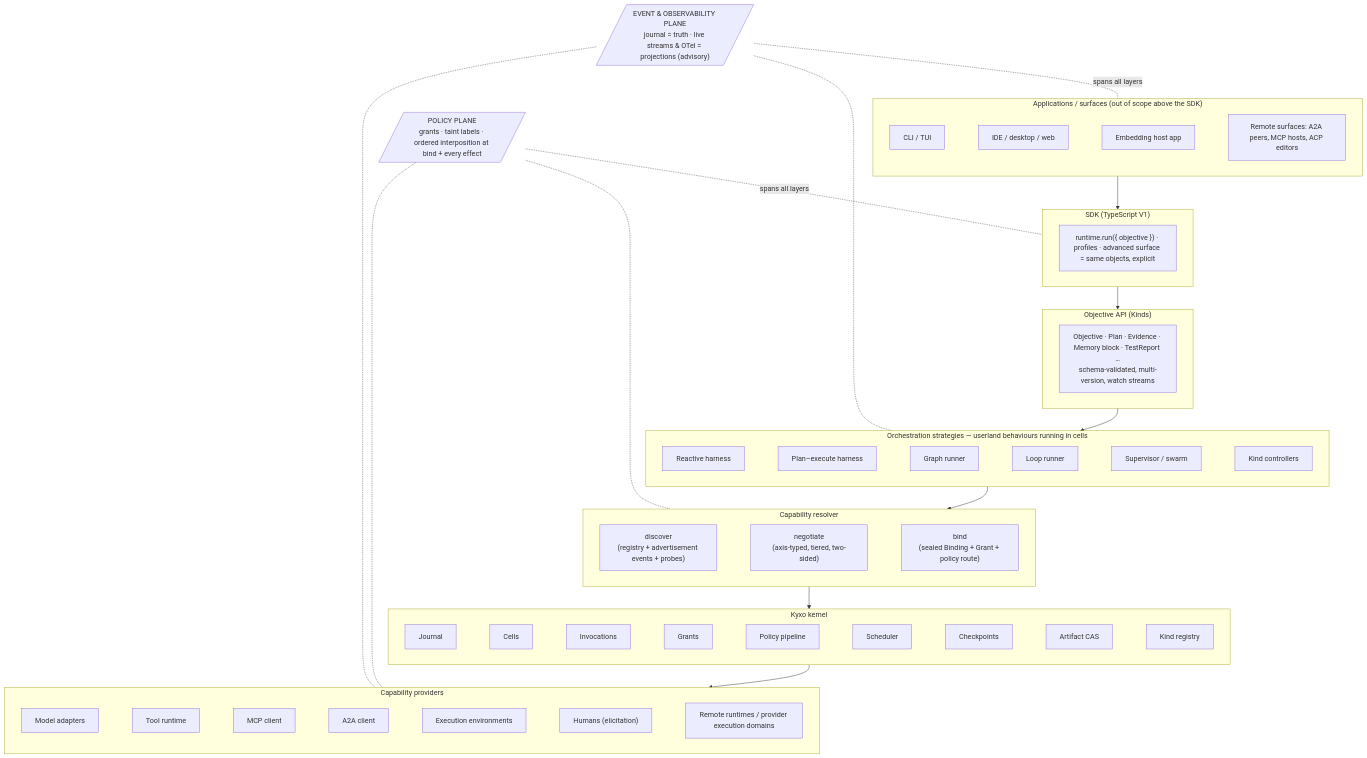
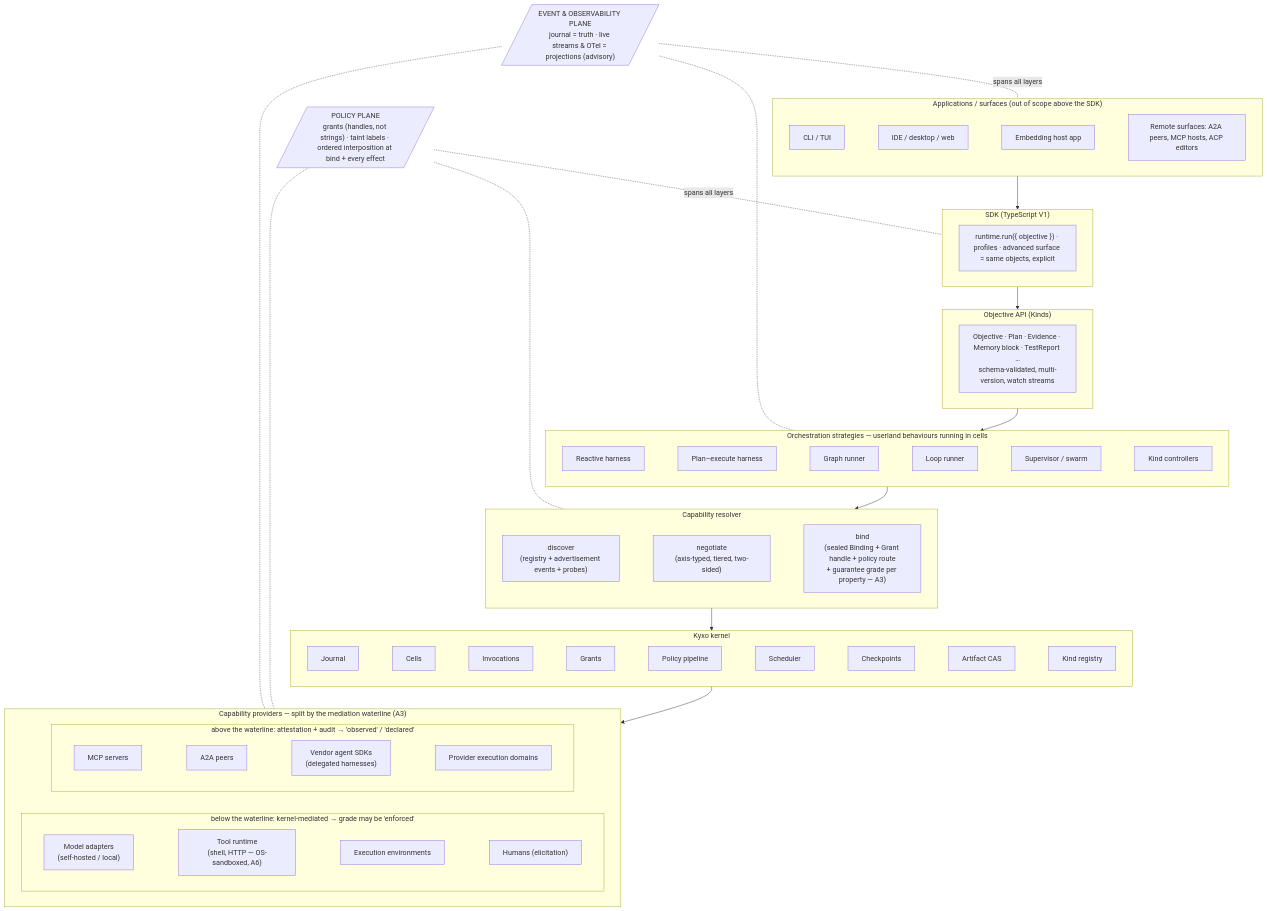
One commit to jeetu619/kyxo-runtime changed the first of 2 diagrams in docs/07-RUNTIME-ARCHITECTURE.md. Above: the diagram before and after it, drawn with Mermaid. The commit also changed other lines of this file and 7 other files, not shown here.

````diff
--- a/docs/07-RUNTIME-ARCHITECTURE.md
+++ b/docs/07-RUNTIME-ARCHITECTURE.md
@@ -34,39 +54,46 @@
 ```mermaid
 flowchart TB
     subgraph L1["Applications / surfaces (out of scope above the SDK)"]
         direction LR
         S1["CLI / TUI"] ~~~ S2["IDE / desktop / web"] ~~~ S3["Embedding host app"] ~~~ S4["Remote surfaces: A2A peers, MCP hosts, ACP editors"]
     end
     subgraph L2["SDK (TypeScript V1)"]
         SDK["runtime.run({ objective }) · profiles · advanced surface = same objects, explicit"]
     end
     subgraph L3["Objective API (Kinds)"]
         KINDS["Objective · Plan · Evidence · Memory block · TestReport …<br/>schema-validated, multi-version, watch streams"]
     end
     subgraph L4["Orchestration strategies — userland behaviours running in cells"]
         direction LR
         B1["Reactive harness"] ~~~ B2["Plan–execute harness"] ~~~ B3["Graph runner"] ~~~ B4["Loop runner"] ~~~ B5["Supervisor / swarm"] ~~~ B6["Kind controllers"]
     end
     subgraph L5["Capability resolver"]
         direction LR
-        R1["discover<br/>(registry + advertisement events + probes)"] ~~~ R2["negotiate<br/>(axis-typed, tiered, two-sided)"] ~~~ R3["bind<br/>(sealed Binding + Grant + policy route)"]
+        R1["discover<br/>(registry + advertisement events + probes)"] ~~~ R2["negotiate<br/>(axis-typed, tiered, two-sided)"] ~~~ R3["bind<br/>(sealed Binding + Grant handle + policy route<br/>+ guarantee grade per property — A3)"]
     end
     subgraph L6["Kyxo kernel"]
         direction LR
         K1["Journal"] ~~~ K2["Cells"] ~~~ K3["Invocations"] ~~~ K4["Grants"] ~~~ K5["Policy pipeline"] ~~~ K6["Scheduler"] ~~~ K7["Checkpoints"] ~~~ K8["Artifact CAS"] ~~~ K9["Kind registry"]
     end
-    subgraph L7["Capability providers"]
+    subgraph L7["Capability providers — split by the mediation waterline (A3)"]
         direction LR
-        P1["Model adapters"] ~~~ P2["Tool runtime"] ~~~ P3["MCP client"] ~~~ P4["A2A client"] ~~~ P5["Execution environments"] ~~~ P6["Humans (elicitation)"] ~~~ P7["Remote runtimes / provider execution domains"]
+        subgraph BELOW["below the waterline: kernel-mediated → grade may be 'enforced'"]
+            direction LR
+            P1["Model adapters<br/>(self-hosted / local)"] ~~~ P2["Tool runtime<br/>(shell, HTTP — OS-sandboxed, A6)"] ~~~ P5["Execution environments"] ~~~ P6["Humans (elicitation)"]
+        end
+        subgraph ABOVE["above the waterline: attestation + audit → 'observed' / 'declared'"]
+            direction LR
+            P3["MCP servers"] ~~~ P4["A2A peers"] ~~~ P8["Vendor agent SDKs<br/>(delegated harnesses)"] ~~~ P7["Provider execution domains"]
+        end
     end
     EVT[/"EVENT & OBSERVABILITY PLANE<br/>journal = truth · live streams & OTel = projections (advisory)"/]
-    POL[/"POLICY PLANE<br/>grants · taint labels · ordered interposition at bind + every effect"/]
+    POL[/"POLICY PLANE<br/>grants (handles, not strings) · taint labels · ordered interposition at bind + every effect"/]
 
     L1 --> L2 --> L3 --> L4 --> L5 --> L6 --> L7
     EVT -.spans all layers.- L1
     EVT -.- L4
     EVT -.- L7
     POL -.spans all layers.- L2
     POL -.- L5
     POL -.- L7
 ```
````
